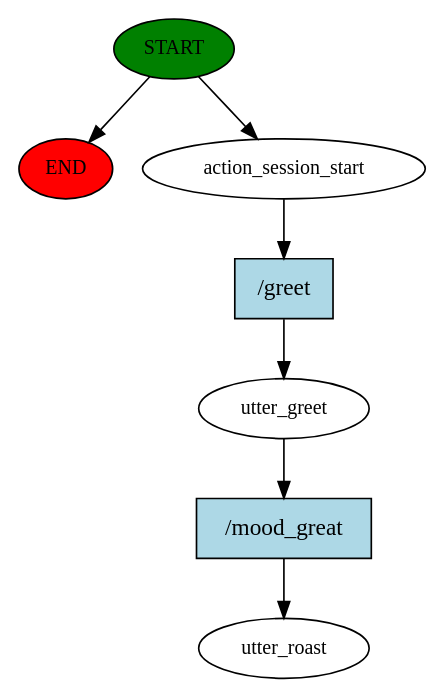
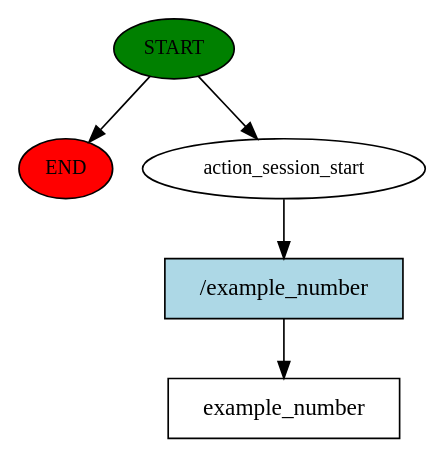
One commit to kaengurubeutel/RASA changed the diagram in story_graph.dot. Above: the diagram before and after it, drawn with Graphviz. The commit also changed 17 other files, not shown here.

```diff
--- a/story_graph.dot
+++ b/story_graph.dot
@@ -1,15 +1,11 @@
 digraph  {
 0 [class="start active", fillcolor=green, fontsize=12, label=START, style=filled];
 "-1" [class=end, fillcolor=red, fontsize=12, label=END, style=filled];
 1 [class=active, fontsize=12, label=action_session_start];
-2 [class=active, fontsize=12, label=utter_greet];
-3 [class="dashed active", fontsize=12, label=utter_roast];
-4 [class="intent active", fillcolor=lightblue, label="/greet", shape=rect, style=filled];
-5 [class="intent active", fillcolor=lightblue, label="/mood_great", shape=rect, style=filled];
+2 [class="intent dashed active", label=example_number, shape=rect];
+3 [class="intent active", fillcolor=lightblue, label="/example_number", shape=rect, style=filled];
 0 -> "-1"  [class="", key=NONE, label=""];
 0 -> 1  [class=active, key=NONE, label=""];
-1 -> 4  [class=active, key=0];
-2 -> 5  [class=active, key=0];
-4 -> 2  [class=active, key=0];
-5 -> 3  [class=active, key=0];
+1 -> 3  [class=active, key=0];
+3 -> 2  [class=active, key=0];
 }
```
